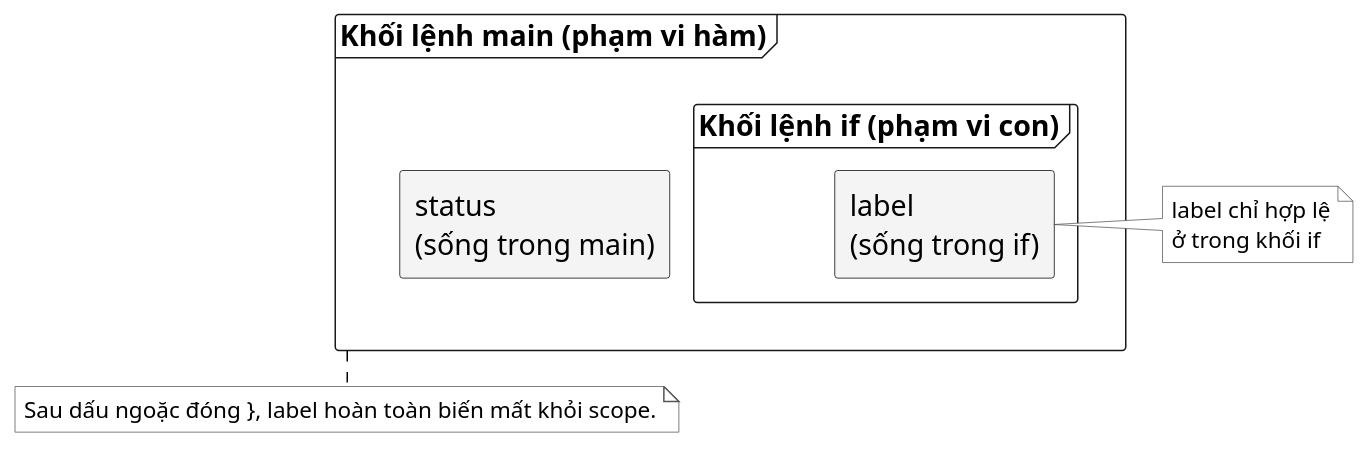
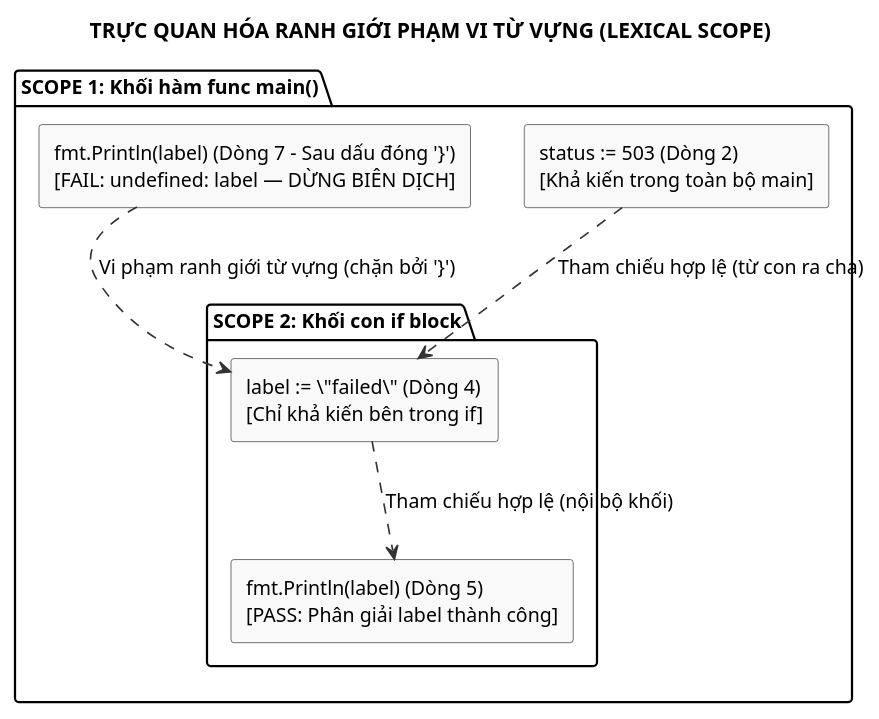
One commit to Minhlike/Golang changed the diagram in assets/diagrams/go-scope-trace.puml. Above: the diagram before and after it, drawn with PlantUML. The commit also changed 12 other files, not shown here.

```diff
--- a/assets/diagrams/go-scope-trace.puml
+++ b/assets/diagrams/go-scope-trace.puml
@@ -1,34 +1,34 @@
 @startuml
 skinparam backgroundColor white
 skinparam shadowing false
 skinparam defaultFontName "Source Sans 3"
-skinparam defaultFontSize 19
+skinparam defaultFontSize 13
 skinparam defaultFontColor #000000
+
 skinparam rectangle {
-  BackgroundColor #F4F4F4
-  BorderColor #000000
+  BackgroundColor #F9F9F9
+  BorderColor #444444
   FontColor #000000
   RoundCorner 4
 }
-skinparam arrowColor #000000
-skinparam note {
-  BackgroundColor #FFFFFF
-  BorderColor #555555
-  FontColor #000000
-  FontName "Source Sans 3"
-  FontSize 15
+
+skinparam arrowColor #333333
+skinparam ArrowThickness 1.1
+
+title TRỰC QUAN HÓA RANH GIỚI PHẠM VI TỪ VỰNG (LEXICAL SCOPE)
+
+package "SCOPE 1: Khối hàm func main()" {
+  rectangle "status := 503 (Dòng 2)\n[Khả kiến trong toàn bộ main]" as status_var
+
+  package "SCOPE 2: Khối con if block" {
+    rectangle "label := \"failed\" (Dòng 4)\n[Chỉ khả kiến bên trong if]" as label_var
+    rectangle "fmt.Println(label) (Dòng 5)\n[PASS: Phân giải label thành công]" as pass_label
+  }
+
+  rectangle "fmt.Println(label) (Dòng 7 - Sau dấu đóng '}')\n[FAIL: undefined: label — DỪNG BIÊN DỊCH]" as fail_label
 }
-frame "Khối lệnh main (phạm vi hàm)" as main {
-  rectangle "status\n(sống trong main)" as status
-  frame "Khối lệnh if (phạm vi con)" as ifblock {
-    rectangle "label\n(sống trong if)" as label
-  }
-}
-note right of label
-  label chỉ hợp lệ
-  ở trong khối if
-end note
-note bottom of main
-  Sau dấu ngoặc đóng }, label hoàn toàn biến mất khỏi scope.
-end note
+
+label_var ..> pass_label : Tham chiếu hợp lệ (nội bộ khối)
+status_var ..> label_var : Tham chiếu hợp lệ (từ con ra cha)
+fail_label ..> label_var : Vi phạm ranh giới từ vựng (chặn bởi '}')
 @enduml
```
